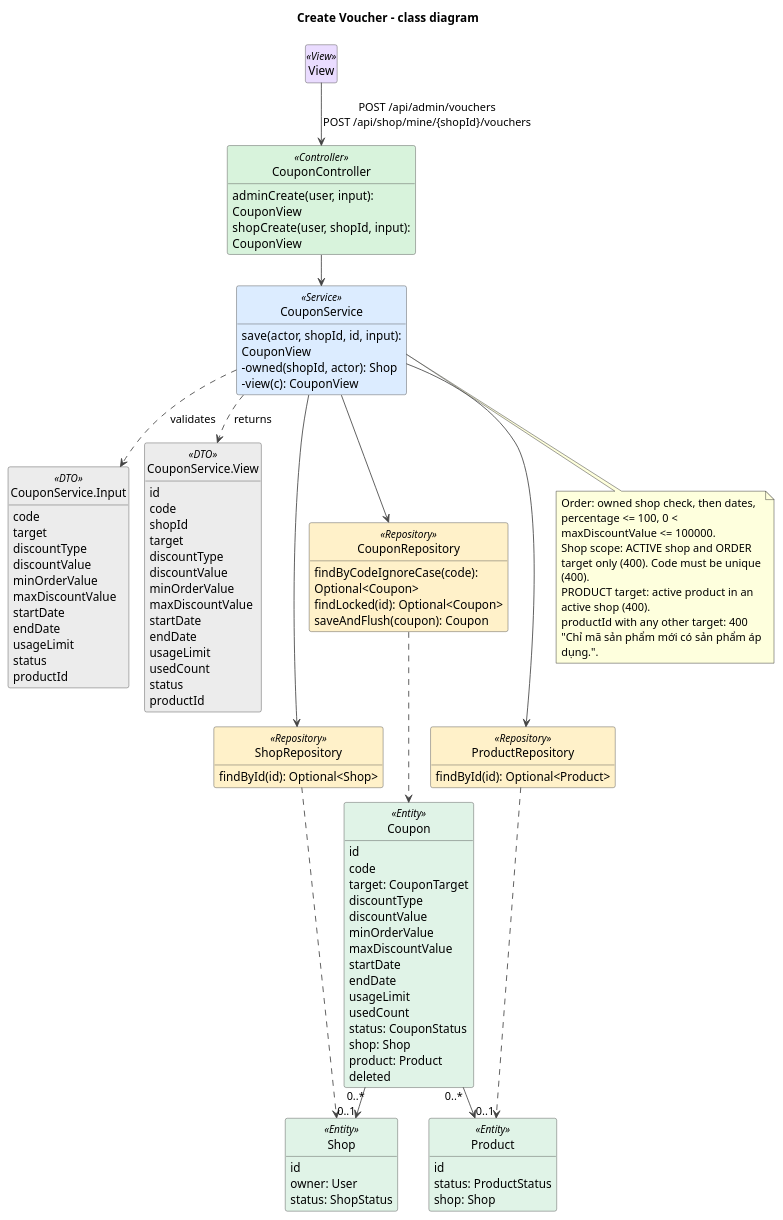
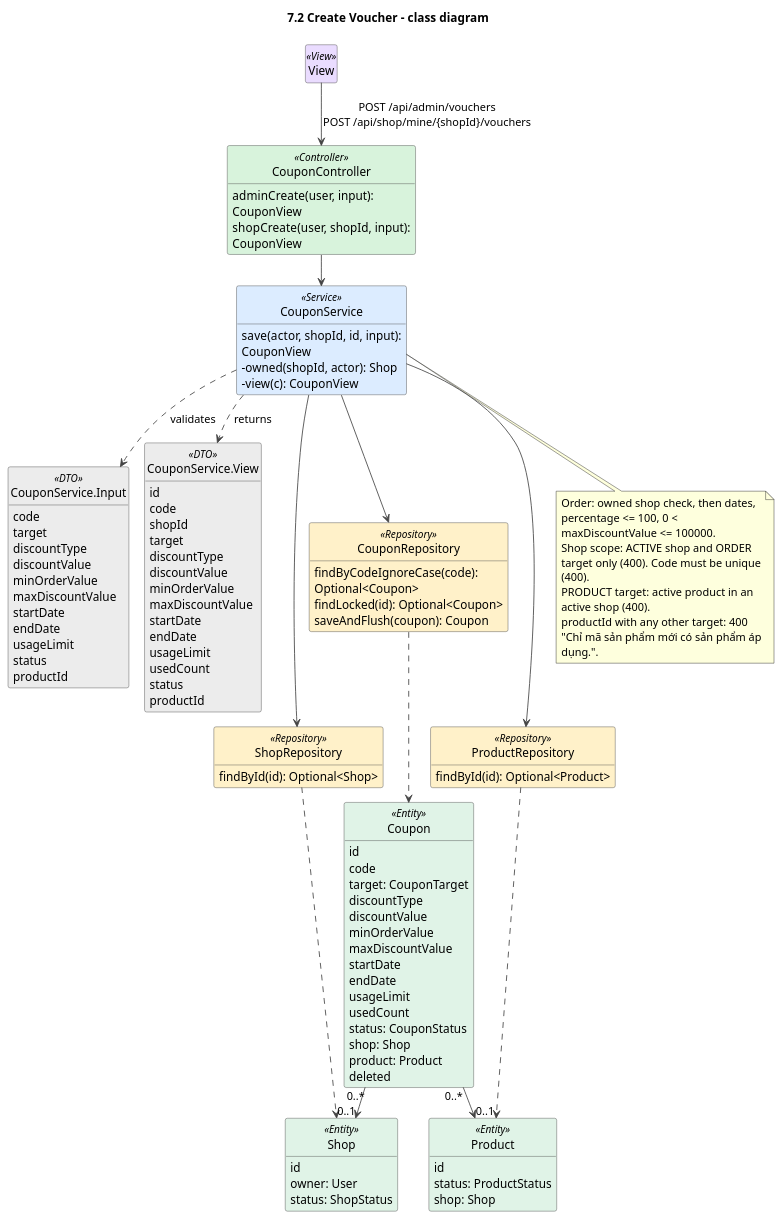
Before and after one commit to duckpao/FlowerShop_SWP391: the diagram in docs/sds/7.2-create-voucher-class.puml, drawn with PlantUML. The commit also changed 356 other files, not shown here.

```diff
--- a/docs/sds/7.2-create-voucher-class.puml
+++ b/docs/sds/7.2-create-voucher-class.puml
@@ -1,124 +1,124 @@
 @startuml
 !pragma layout smetana
-title Create Voucher - class diagram
+title 7.2 Create Voucher - class diagram
 skinparam shadowing false
 skinparam defaultFontName Arial
 skinparam wrapWidth 240
 skinparam ArrowColor #444444
 skinparam classAttributeIconSize 0
 skinparam nodesep 45
 skinparam ranksep 50
 skinparam class {
   BackgroundColor #FFFFFF
   BorderColor #444444
   BackgroundColor<<View>> #EADCFF
   BackgroundColor<<Controller>> #D8F3DC
   BackgroundColor<<Service>> #DCECFF
   BackgroundColor<<Repository>> #FFF1C9
   BackgroundColor<<Entity>> #E0F3E7
   BackgroundColor<<External>> #FFE0E0
   BackgroundColor<<DTO>> #ECECEC
 }
 hide empty members
 hide circle
 
 class View <<View>>
 
 class CouponController <<Controller>> {
   adminCreate(user, input): CouponView
   shopCreate(user, shopId, input): CouponView
 }
 class CouponService <<Service>> {
   save(actor, shopId, id, input): CouponView
   -owned(shopId, actor): Shop
   -view(c): CouponView
 }
 class "CouponService.Input" as CouponInput <<DTO>> {
   code
   target
   discountType
   discountValue
   minOrderValue
   maxDiscountValue
   startDate
   endDate
   usageLimit
   status
   productId
 }
 class "CouponService.View" as CouponView <<DTO>> {
   id
   code
   shopId
   target
   discountType
   discountValue
   minOrderValue
   maxDiscountValue
   startDate
   endDate
   usageLimit
   usedCount
   status
   productId
 }
 class ShopRepository <<Repository>> {
   findById(id): Optional<Shop>
 }
 class CouponRepository <<Repository>> {
   findByCodeIgnoreCase(code): Optional<Coupon>
   findLocked(id): Optional<Coupon>
   saveAndFlush(coupon): Coupon
 }
 class ProductRepository <<Repository>> {
   findById(id): Optional<Product>
 }
 class Shop <<Entity>> {
   id
   owner: User
   status: ShopStatus
 }
 class Coupon <<Entity>> {
   id
   code
   target: CouponTarget
   discountType
   discountValue
   minOrderValue
   maxDiscountValue
   startDate
   endDate
   usageLimit
   usedCount
   status: CouponStatus
   shop: Shop
   product: Product
   deleted
 }
 class Product <<Entity>> {
   id
   status: ProductStatus
   shop: Shop
 }
 
 View --> CouponController : POST /api/admin/vouchers\nPOST /api/shop/mine/{shopId}/vouchers
 CouponController --> CouponService
 CouponService ..> CouponInput : validates
 CouponService ..> CouponView : returns
 CouponService --> ShopRepository
 CouponService --> CouponRepository
 CouponService --> ProductRepository
 ShopRepository ..> Shop
 CouponRepository ..> Coupon
 ProductRepository ..> Product
 Coupon "0..*" --> "0..1" Shop
 Coupon "0..*" --> "0..1" Product
 
 note bottom of CouponService
   Order: owned shop check, then dates, percentage <= 100, 0 < maxDiscountValue <= 100000.
   Shop scope: ACTIVE shop and ORDER target only (400). Code must be unique (400).
   PRODUCT target: active product in an active shop (400).
   productId with any other target: 400 "Chỉ mã sản phẩm mới có sản phẩm áp dụng.".
 end note
 
 @enduml
```
